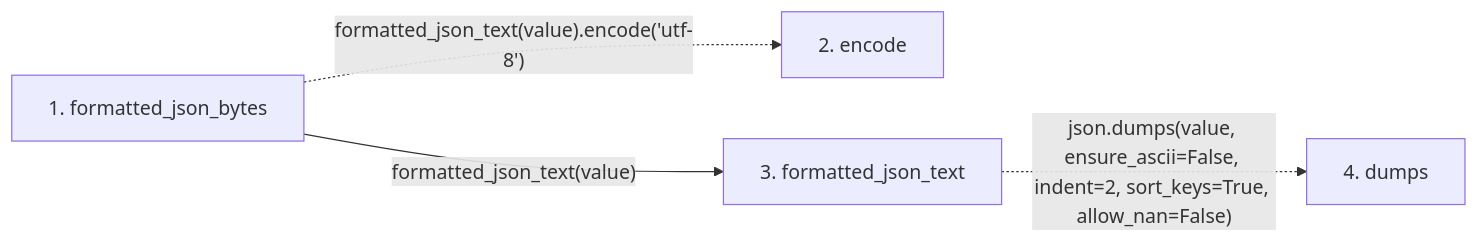
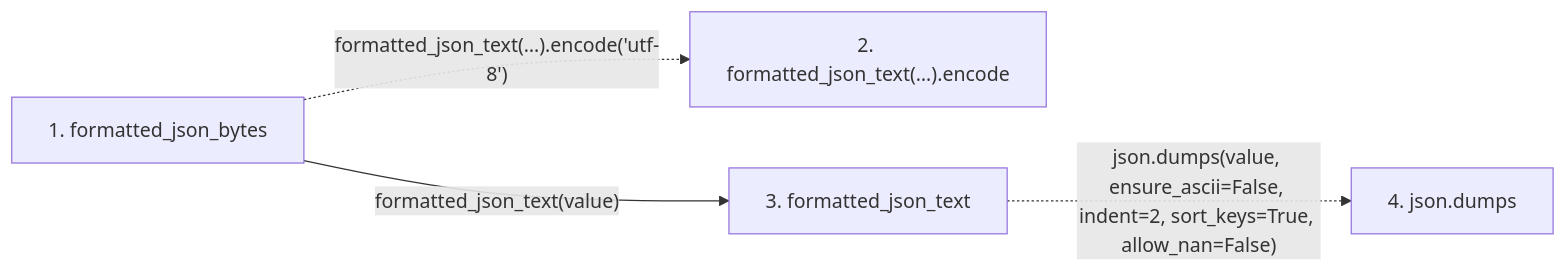
One commit to Denissvgn/python-wiki-llm changed the second of 2 diagrams in docs/llm_wiki/flows/api-formatted_json_bytes.md. Above: the diagram before and after it, drawn with Mermaid. The commit also changed other lines of this file and 719 other files, not shown here.

````diff
--- a/docs/llm_wiki/flows/api-formatted_json_bytes.md
+++ b/docs/llm_wiki/flows/api-formatted_json_bytes.md
@@ -24,12 +24,12 @@
 ```mermaid
 flowchart LR
     s1["1. formatted_json_bytes"]
-    s2["2. encode"]
+    s2["2. formatted_json_text(…).encode"]
     s3["3. formatted_json_text"]
-    s4["4. dumps"]
-    s1 -. "formatted_json_text(value).encode('utf-8')" .-> s2
+    s4["4. json.dumps"]
+    s1 -. "formatted_json_text(…).encode('utf-8')" .-> s2
     s1 -->|"formatted_json_text(value)"| s3
     s3 -. "json.dumps(value, ensure_ascii=False, indent=2, sort_keys=True, allow_nan=False)" .-> s4
     click s1 "../modules/knowledge_evidence.md"
     click s3 "../modules/knowledge_evidence.md"
 ```
````
